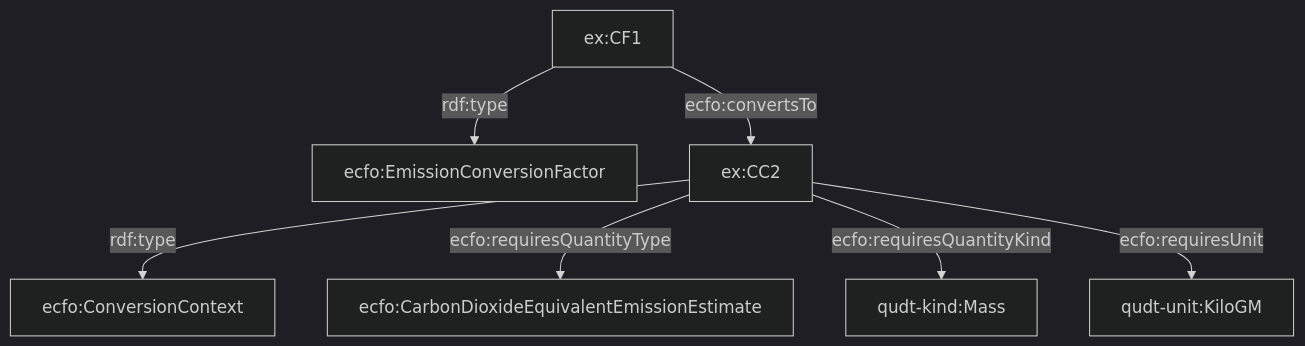
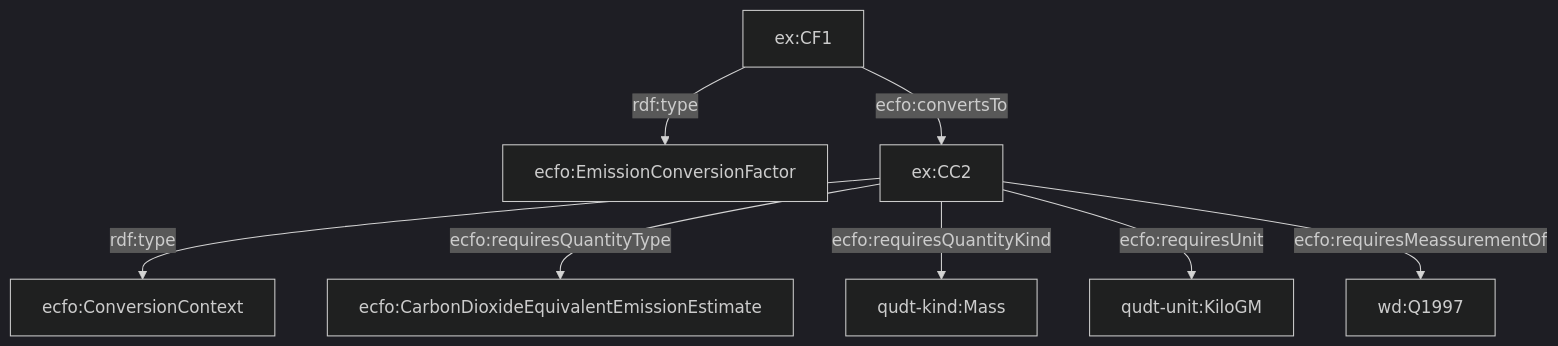
Before and after one commit to TEC-Toolkit/ECFO: diagram 11 of 13 in development/doc.md, drawn with Mermaid (dark theme). The commit also changed other lines of this file, not shown here.

````diff
--- a/development/doc.md
+++ b/development/doc.md
@@ -187,17 +187,20 @@
 ```mermaid
 graph TD
 CF[ecfo:EmissionConversionFactor]
 CE[ecfo:ConversionContext]
 EX[ecfo:CarbonDioxideEquivalentEmissionEstimate]
 EX1[ex:CF1]
 EX2[ex:CC2]
 QK[qudt-kind:Mass]
 UN[qudt-unit:KiloGM]
+MO[wd:Q1997]
+
 
 EX1 -->|rdf:type| CF
 EX2 -->|rdf:type| CE
 EX1 -->|ecfo:convertsTo| EX2
 EX2 -->|ecfo:requiresQuantityType| EX
 EX2 -->|ecfo:requiresQuantityKind| QK
 EX2 -->|ecfo:requiresUnit| UN
+EX2 -->|ecfo:requiresMeassurementOf| MO
 ```
````
